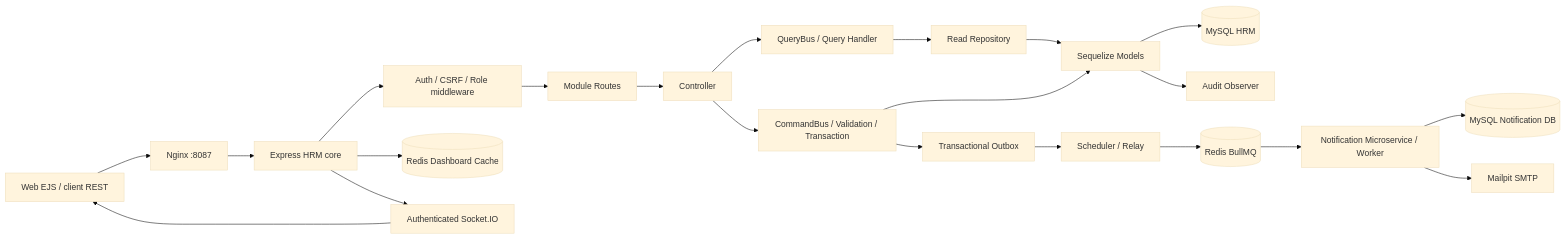
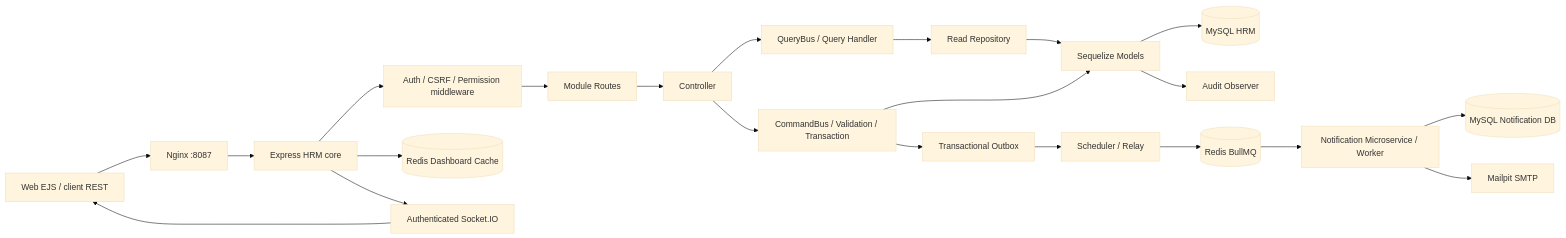
The diagram in docs/HRM-ARCHITECTURE.md (Thanhlong282828/nodejs-projec-1), drawn with Mermaid (base theme) before and after one commit. The commit also changed other lines of this file and 101 other files, not shown here.

````diff
--- a/docs/HRM-ARCHITECTURE.md
+++ b/docs/HRM-ARCHITECTURE.md
@@ -3,24 +3,24 @@
 ```mermaid
 flowchart LR
   Browser[Web EJS / client REST] --> Nginx[Nginx :8087]
   Nginx --> Core[Express HRM core]
-  Core --> MW[Auth / CSRF / Role middleware]
+  Core --> MW[Auth / CSRF / Permission middleware]
   MW --> Routes[Module Routes]
   Routes --> Controller[Controller]
   Controller --> Query[QueryBus / Query Handler]
   Query --> Repo[Read Repository]
   Repo --> ORM[Sequelize Models]
   Controller --> Command[CommandBus / Validation / Transaction]
   Command --> ORM
   ORM --> DB[(MySQL HRM)]
   ORM --> Observer[Audit Observer]
   Command --> Outbox[Transactional Outbox]
   Outbox --> Relay[Scheduler / Relay]
   Relay --> Redis[(Redis BullMQ)]
   Redis --> Notify[Notification Microservice / Worker]
   Notify --> NDB[(MySQL Notification DB)]
   Notify --> Mail[Mailpit SMTP]
   Core --> Cache[(Redis Dashboard Cache)]
   Core --> Socket[Authenticated Socket.IO]
   Socket --> Browser
 ```
````
